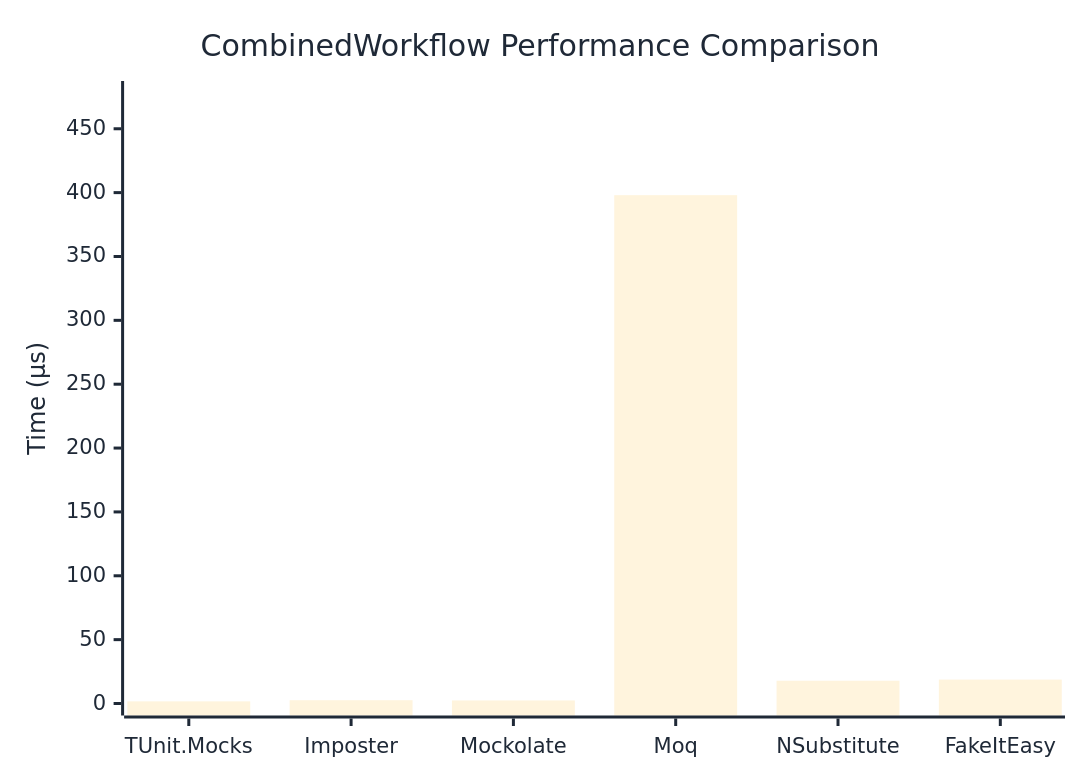
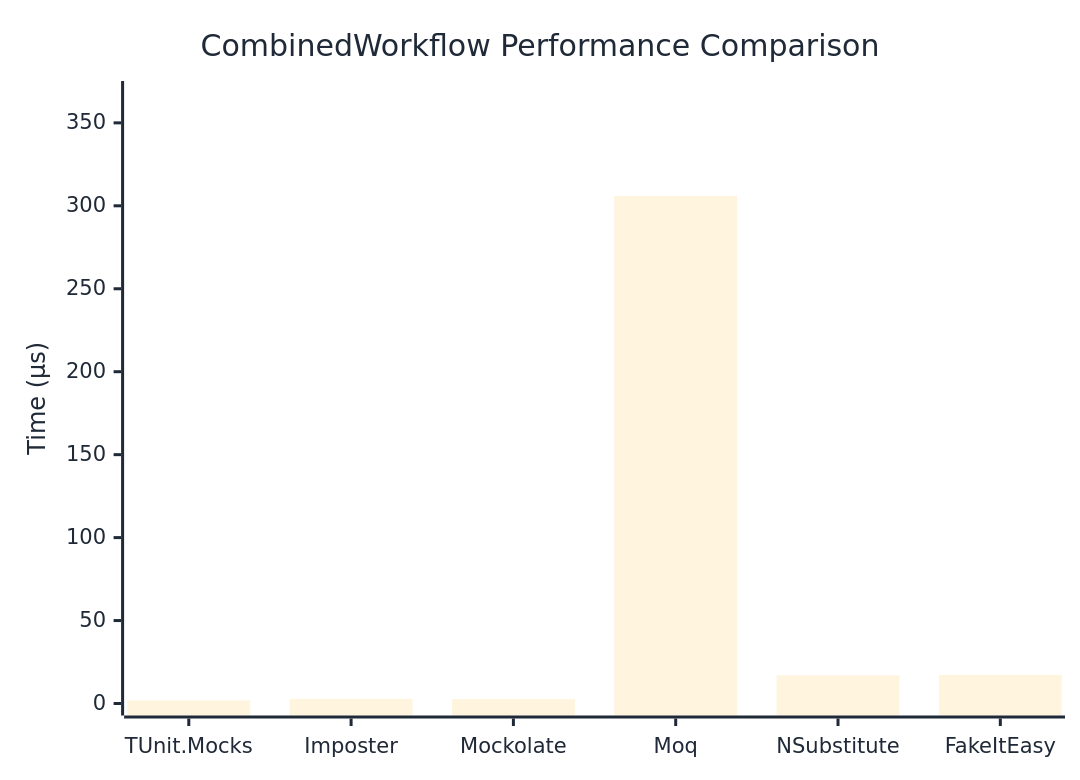
One commit to weiyilai/TUnit changed the diagram in docs/docs/benchmarks/mocks/CombinedWorkflow.md. Above: the diagram before and after it, drawn with Mermaid. The commit also changed other lines of this file and 14 other files, not shown here.

````diff
--- a/docs/docs/benchmarks/mocks/CombinedWorkflow.md
+++ b/docs/docs/benchmarks/mocks/CombinedWorkflow.md
@@ -28,27 +28,27 @@
 ```mermaid
 %%{init: {
   'theme':'base',
   'themeVariables': {
     'primaryColor': '#2563eb',
     'primaryTextColor': '#1f2937',
     'primaryBorderColor': '#1e40af',
     'lineColor': '#6b7280',
     'secondaryColor': '#7c3aed',
     'tertiaryColor': '#dc2626',
     'background': '#ffffff',
     'pie1': '#2563eb',
     'pie2': '#7c3aed',
     'pie3': '#dc2626',
     'pie4': '#f59e0b',
     'pie5': '#10b981',
     'pie6': '#06b6d4',
     'pie7': '#ec4899',
     'pie8': '#6366f1'
   }
 }}%%
 xychart-beta
   title "CombinedWorkflow Performance Comparison"
   x-axis ["TUnit.Mocks", "Imposter", "Mockolate", "Moq", "NSubstitute", "FakeItEasy"]
-  y-axis "Time (μs)" 0 --> 478
-  bar [1.674, 2.57, 2.402, 398.002, 17.82, 18.729]
+  y-axis "Time (μs)" 0 --> 368
+  bar [1.843, 2.795, 2.622, 305.872, 16.986, 17.173]
 ```
````
